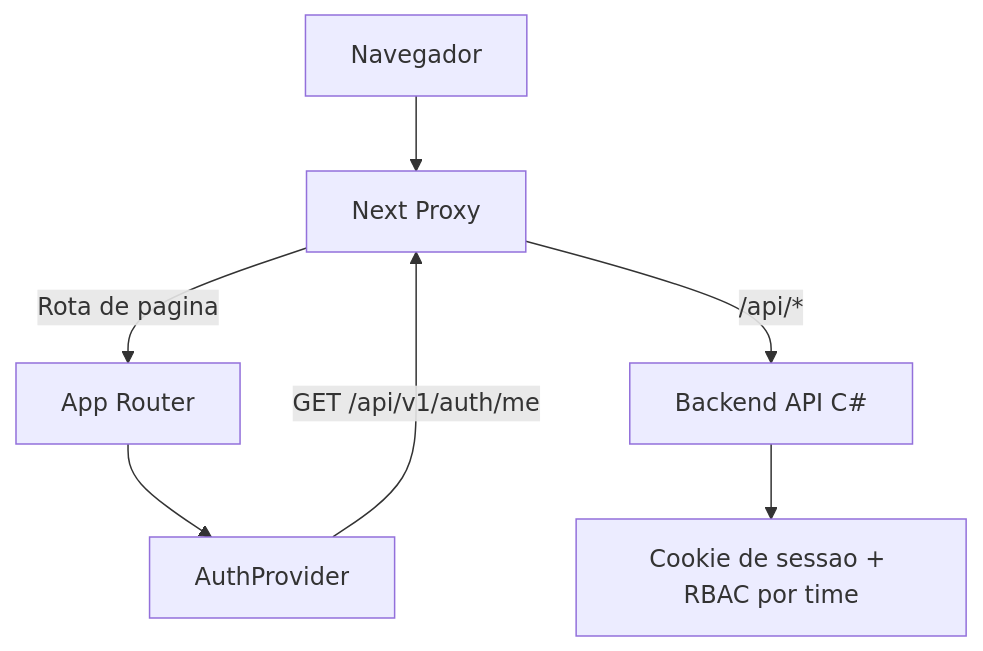
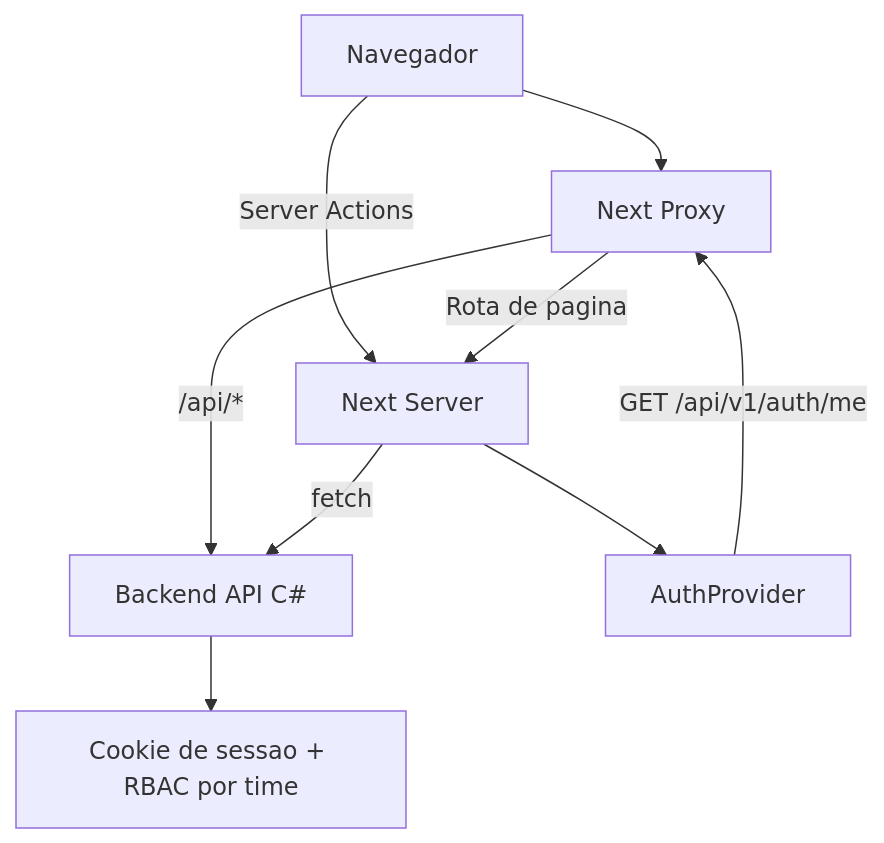
One commit to ArthurProjectCorrea/dainai-system changed the diagram in docs/project/web/ARCHITECTURE.md. Above: the diagram before and after it, drawn with Mermaid. The commit also changed other lines of this file and 78 other files, not shown here.

````diff
--- a/docs/project/web/ARCHITECTURE.md
+++ b/docs/project/web/ARCHITECTURE.md
@@ -39,9 +37,11 @@
 ```mermaid
 graph TD
   A[Navegador] --> B[Next Proxy]
-  B -->|Rota de pagina| C[App Router]
+  A -->|Server Actions| C[Next Server]
+  B -->|Rota de pagina| C
   B -->|/api/*| D[Backend API C#]
+  C -->|fetch| D
   C --> E[AuthProvider]
   E -->|GET /api/v1/auth/me| B
   D --> F[Cookie de sessao + RBAC por time]
 ```
````
